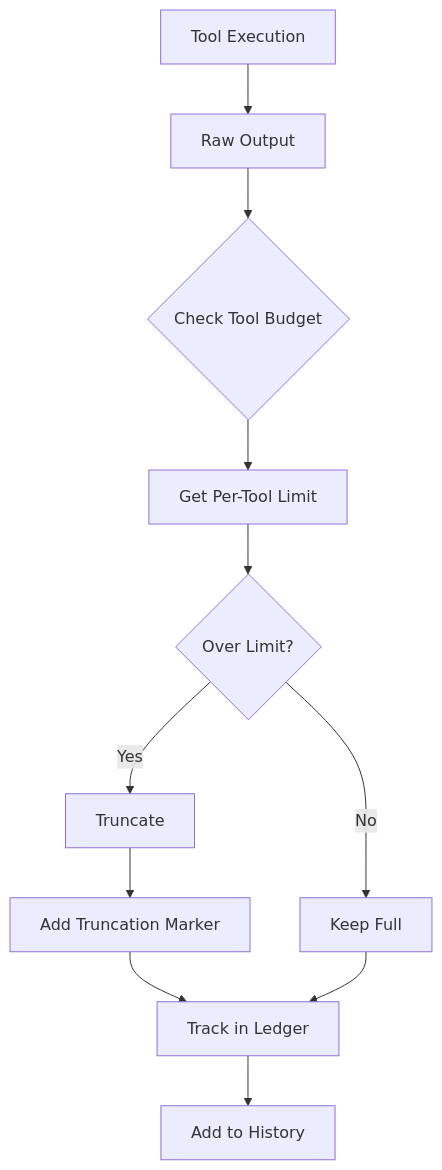
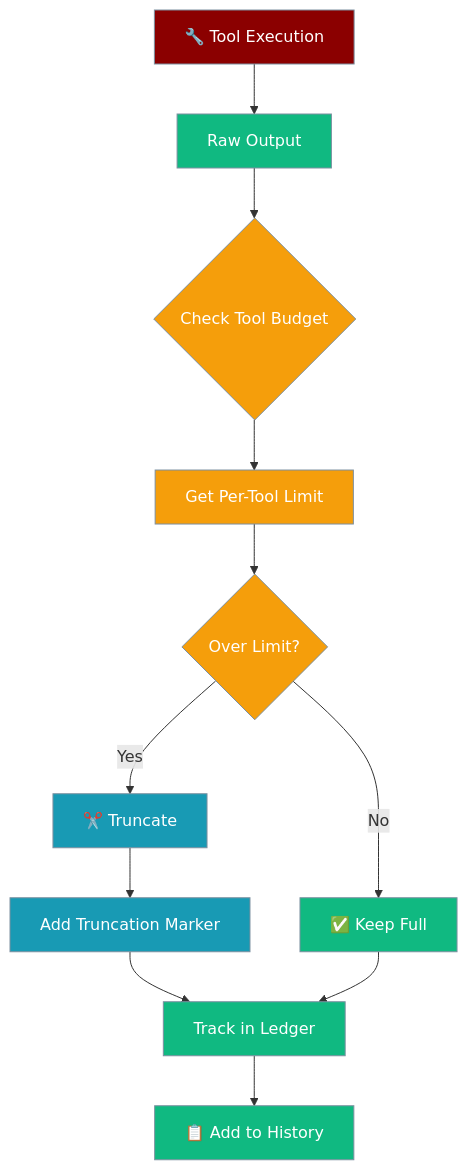
The second of 2 diagrams in docs/features/context-per-tool-budgets.mdx (MervinPraison/PraisonAIDocs), drawn with Mermaid before and after one commit. The commit also changed other lines of this file, not shown here.

First line of the commit message:
docs: fix context-per-tool-budgets.mdx AGENTS.md compliance

````diff
--- a/docs/features/context-per-tool-budgets.mdx
+++ b/docs/features/context-per-tool-budgets.mdx
@@ -150,13 +90,23 @@
 ```mermaid
 graph TD
-    A[Tool Execution] --> B[Raw Output]
+    A[🔧 Tool Execution] --> B[Raw Output]
     B --> C{Check Tool Budget}
     C --> D[Get Per-Tool Limit]
     D --> E{Over Limit?}
-    E -->|Yes| F[Truncate]
-    E -->|No| G[Keep Full]
+    E -->|Yes| F[✂️ Truncate]
+    E -->|No| G[✅ Keep Full]
     F --> H[Add Truncation Marker]
     H --> I[Track in Ledger]
     G --> I
-    I --> J[Add to History]
+    I --> J[📋 Add to History]
+
+    classDef tool fill:#8B0000,stroke:#7C90A0,color:#fff
+    classDef check fill:#F59E0B,stroke:#7C90A0,color:#fff
+    classDef action fill:#189AB4,stroke:#7C90A0,color:#fff
+    classDef ok fill:#10B981,stroke:#7C90A0,color:#fff
+
+    class A tool
+    class C,D,E check
+    class F,H action
+    class B,G,I,J ok
 ```
````
